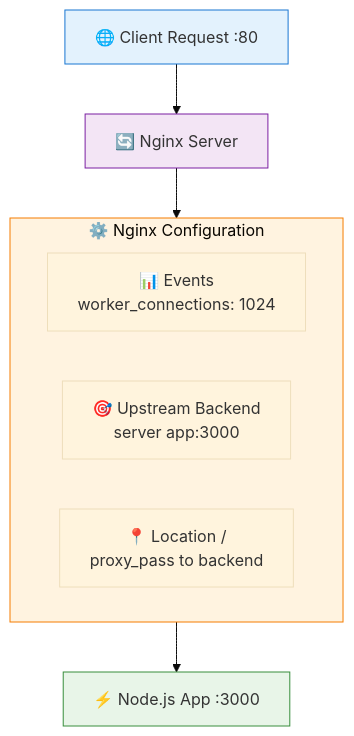
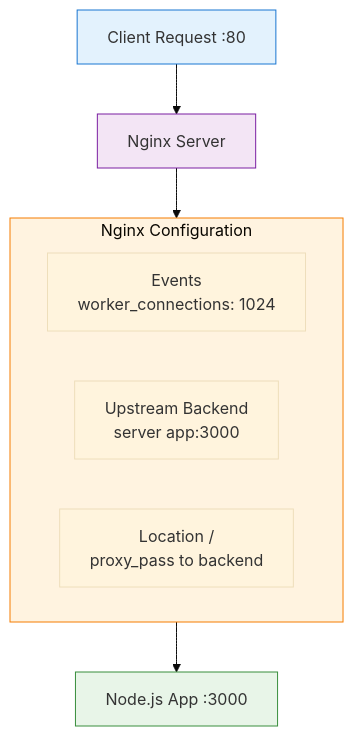
One commit to Shahriarin2garden/url-shortener-lab02-feature-nginx-layer changed the tenth of 13 diagrams in url-shortener-lab02-feature-nginx-layer/README.md. Above: the diagram before and after it, drawn with Mermaid (base theme). The commit also changed other lines of this file, not shown here.

````diff
--- a/url-shortener-lab02-feature-nginx-layer/README.md
+++ b/url-shortener-lab02-feature-nginx-layer/README.md
@@ -381,18 +423,18 @@
 ```mermaid
 graph TD
-    Client[🌐 Client Request :80] --> Nginx[🔄 Nginx Server]
-    
-    subgraph Config[⚙️ Nginx Configuration]
-        Events[📊 Events<br/>worker_connections: 1024]
-        Upstream[🎯 Upstream Backend<br/>server app:3000]
-        Location[📍 Location /<br/>proxy_pass to backend]
+    Client[Client Request :80] --> Nginx[Nginx Server]
+
+    subgraph Config[Nginx Configuration]
+        Events[Events<br/>worker_connections: 1024]
+        Upstream[Upstream Backend<br/>server app:3000]
+        Location[Location /<br/>proxy_pass to backend]
     end
-    
+
     Nginx --> Config
-    Config --> App[⚡ Node.js App :3000]
-    
+    Config --> App[Node.js App :3000]
+
     style Client fill:#e3f2fd,stroke:#1976d2
     style Nginx fill:#f3e5f5,stroke:#7b1fa2
     style Config fill:#fff3e0,stroke:#f57c00
     style App fill:#e8f5e8,stroke:#388e3c
 ```
````
